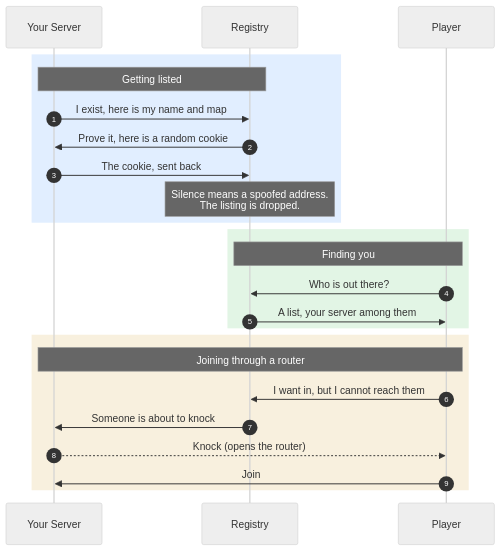
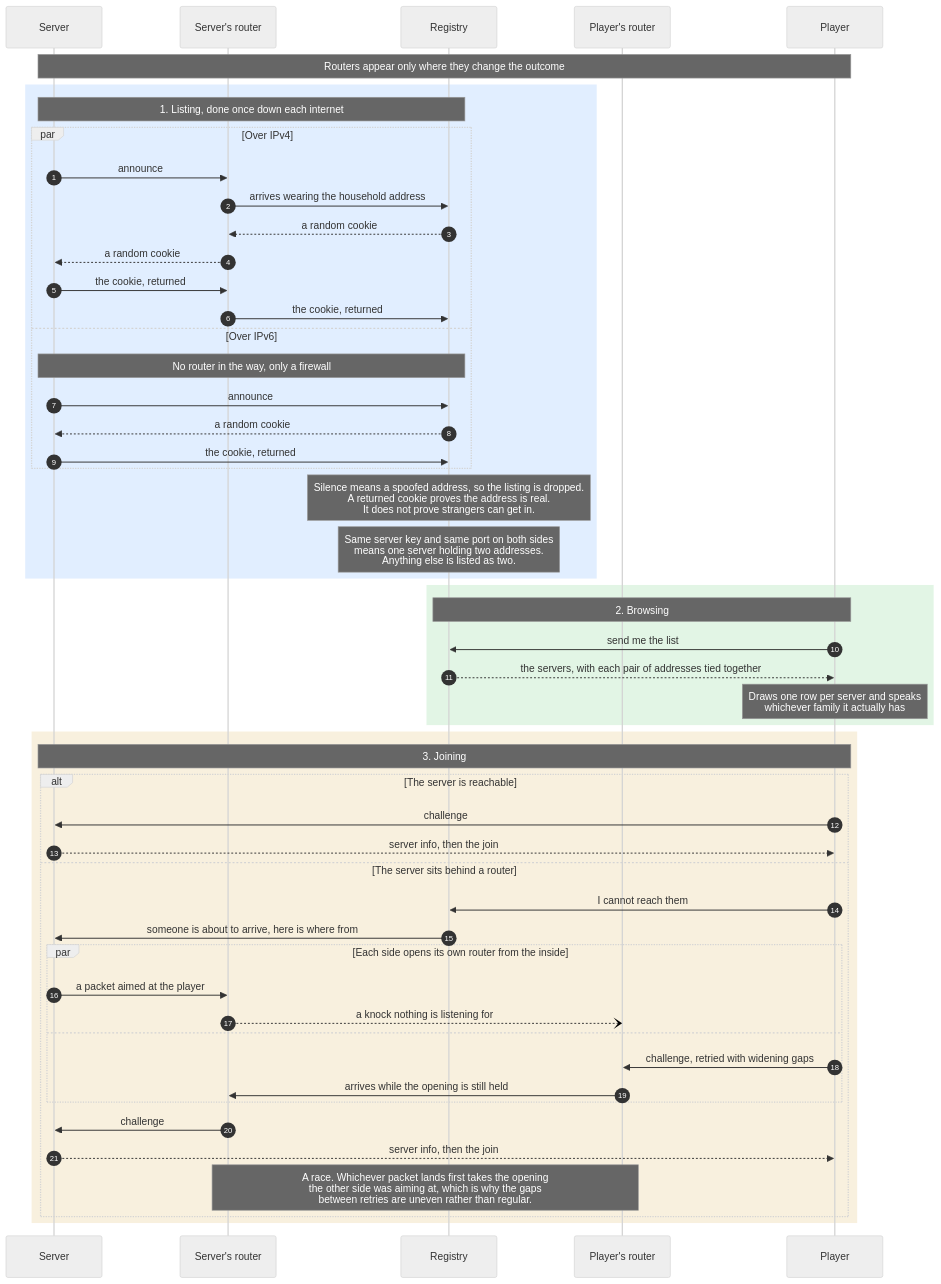
Before and after one commit to rc4l/ForkUnderA: the diagram in README.server-registry.md, drawn with Mermaid (neutral theme).

Commit message:
Redraw the registry diagram across both address families and the punch

````diff
--- a/README.server-registry.md
+++ b/README.server-registry.md
@@ -5,29 +5,58 @@
 ```mermaid
 sequenceDiagram
     autonumber
-    participant S as Your Server
+    participant S as Server
+    participant NS as Server's router
     participant R as Registry
+    participant NP as Player's router
     participant P as Player
 
+    Note over S,P: Routers appear only where they change the outcome
+
     rect rgba(56, 139, 253, 0.15)
-        Note over S,R: Getting listed
-        S->>R: I exist, here is my name and map
-        R->>S: Prove it, here is a random cookie
-        S->>R: The cookie, sent back
-        Note over R: Silence means a spoofed address.<br/>The listing is dropped.
+        Note over S,R: 1. Listing, done once down each internet
+        par Over IPv4
+            S->>NS: announce
+            NS->>R: arrives wearing the household address
+            R-->>NS: a random cookie
+            NS-->>S: a random cookie
+            S->>NS: the cookie, returned
+            NS->>R: the cookie, returned
+        and Over IPv6
+            Note over S,R: No router in the way, only a firewall
+            S->>R: announce
+            R-->>S: a random cookie
+            S->>R: the cookie, returned
+        end
+        Note over R: Silence means a spoofed address, so the listing is dropped.<br/>A returned cookie proves the address is real.<br/>It does not prove strangers can get in.
+        Note over R: Same server key and same port on both sides<br/>means one server holding two addresses.<br/>Anything else is listed as two.
     end
 
     rect rgba(63, 185, 80, 0.15)
-        Note over P,R: Finding you
-        P->>R: Who is out there?
-        R->>P: A list, your server among them
+        Note over R,P: 2. Browsing
+        P->>R: send me the list
+        R-->>P: the servers, with each pair of addresses tied together
+        Note over P: Draws one row per server and speaks<br/>whichever family it actually has
     end
 
     rect rgba(210, 153, 34, 0.15)
-        Note over S,P: Joining through a router
-        P->>R: I want in, but I cannot reach them
-        R->>S: Someone is about to knock
-        S-->>P: Knock (opens the router)
-        P->>S: Join
+        Note over S,P: 3. Joining
+        alt The server is reachable
+            P->>S: challenge
+            S-->>P: server info, then the join
+        else The server sits behind a router
+            P->>R: I cannot reach them
+            R->>S: someone is about to arrive, here is where from
+            par Each side opens its own router from the inside
+                S->>NS: a packet aimed at the player
+                NS--)NP: a knock nothing is listening for
+            and
+                P->>NP: challenge, retried with widening gaps
+                NP->>NS: arrives while the opening is still held
+            end
+            NS->>S: challenge
+            S-->>P: server info, then the join
+            Note over NS,NP: A race. Whichever packet lands first takes the opening<br/>the other side was aiming at, which is why the gaps<br/>between retries are uneven rather than regular.
+        end
     end
 ```
````
